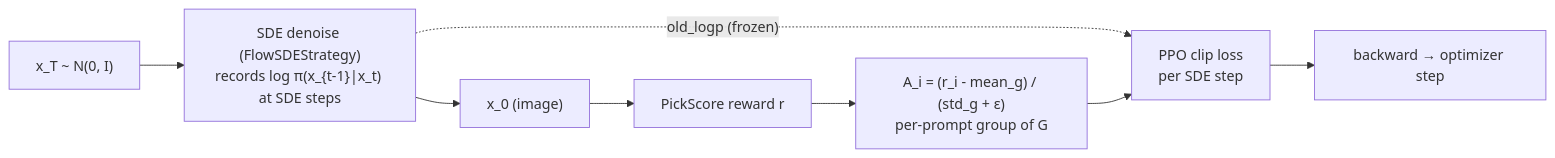
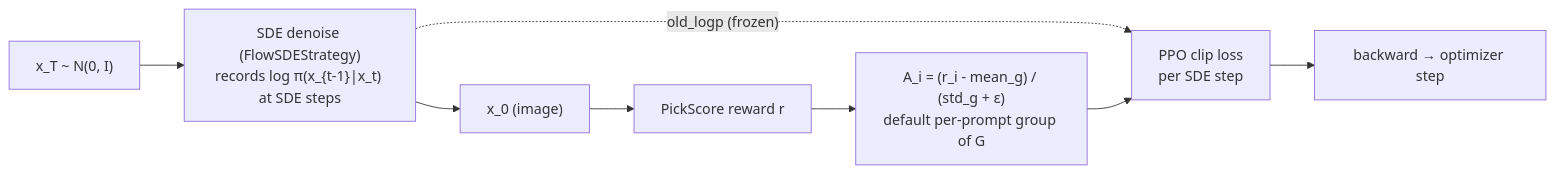
The first of 2 diagrams in algorithm_tutorials/flowGRPO/README.md (celve/unirl), drawn with Mermaid before and after one commit. The commit also changed other lines of this file and 5 other files, not shown here.

Commit message:
docs(algorithm_tutorials): inline core-loss code + trajectory diagrams (#227)

````diff
--- a/algorithm_tutorials/flowGRPO/README.md
+++ b/algorithm_tutorials/flowGRPO/README.md
@@ -20,10 +32,10 @@
 ```mermaid
 flowchart LR
     xT["x_T ~ N(0, I)"] --> SDE["SDE denoise (FlowSDEStrategy)<br/>records log π(x_{t-1}|x_t) at SDE steps"]
     SDE --> x0["x_0 (image)"]
     x0 --> R["PickScore reward r"]
-    R --> A["A_i = (r_i - mean_g) / (std_g + ε)<br/>per-prompt group of G"]
+    R --> A["A_i = (r_i - mean_g) / (std_g + ε)<br/>default per-prompt group of G"]
     SDE -. old_logp (frozen) .-> L
     A --> L["PPO clip loss<br/>per SDE step"]
     L --> B["backward → optimizer step"]
 ```
````
